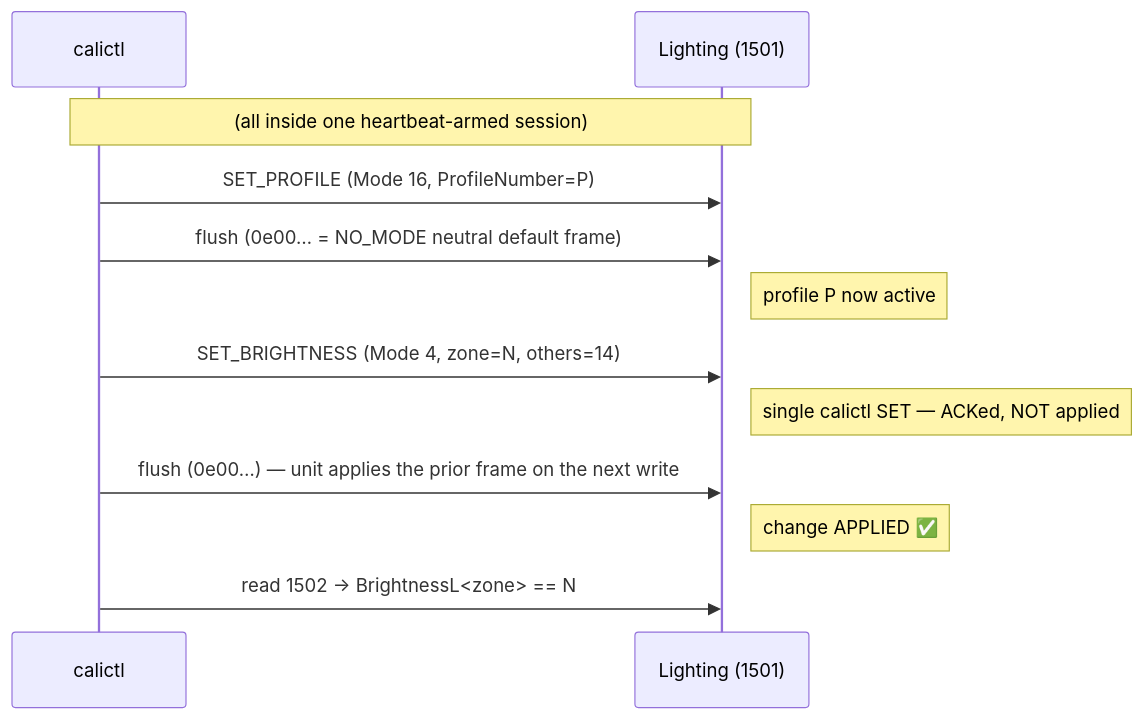
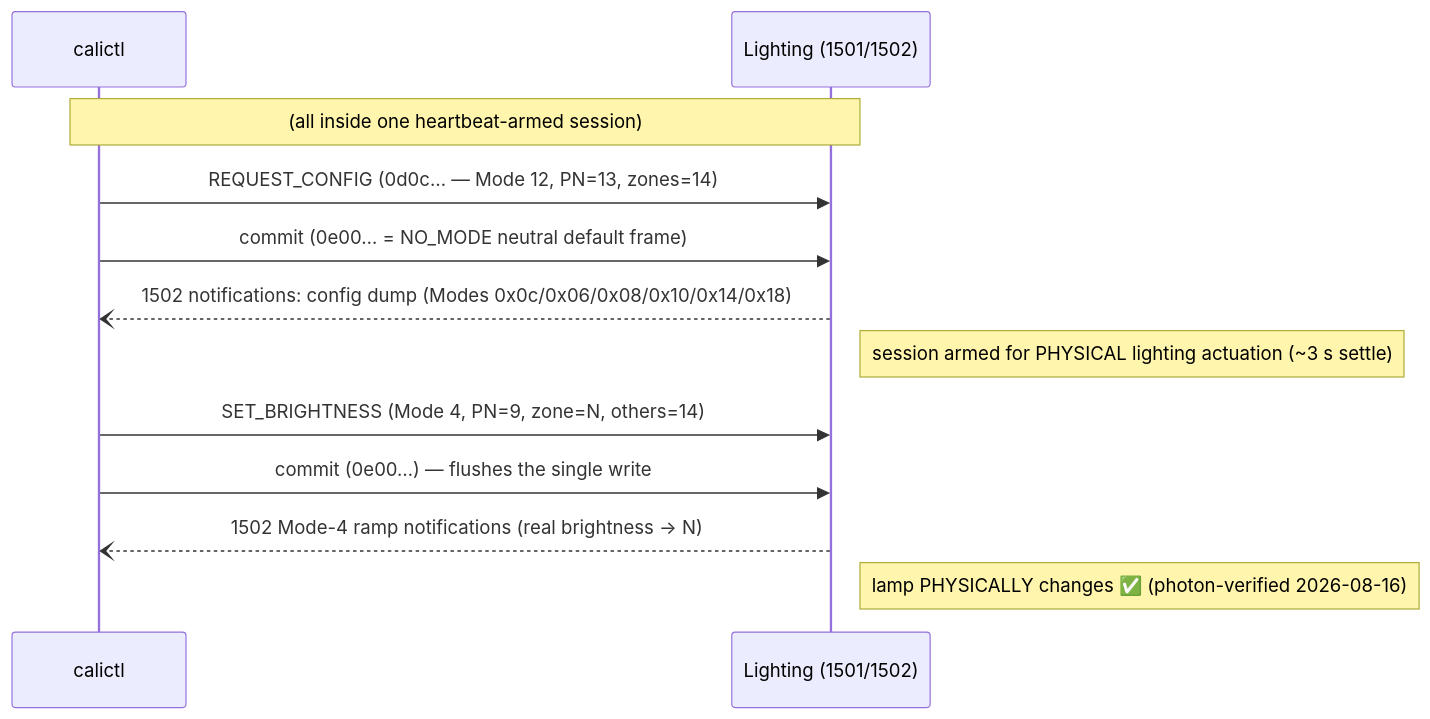
The fourth of 8 diagrams in docs/business-logic/protocol-sequences.md (ckeller42/open-california), drawn with Mermaid before and after one commit. The commit also changed other lines of this file and 15 other files, not shown here.

First line of the commit message:
lighting: crack the physical-actuation gap (REQUEST_CONFIG preamble, photon-verified) (#63)

````diff
--- a/docs/business-logic/protocol-sequences.md
+++ b/docs/business-logic/protocol-sequences.md
@@ -98,14 +111,14 @@
 ```mermaid
 sequenceDiagram
     participant C as calictl
-    participant U as Lighting (1501)
+    participant U as Lighting (1501/1502)
     Note over C,U: (all inside one heartbeat-armed session)
-    C->>U: SET_PROFILE  (Mode 16, ProfileNumber=P)
-    C->>U: flush (0e00… = NO_MODE neutral default frame)
-    Note right of U: profile P now active
-    C->>U: SET_BRIGHTNESS (Mode 4, zone=N, others=14)
-    Note right of U: single calictl SET — ACKed, NOT applied
-    C->>U: flush (0e00…) — unit applies the prior frame on the next write
-    Note right of U: change APPLIED ✅
-    C->>U: read 1502 → BrightnessL<zone> == N
+    C->>U: REQUEST_CONFIG (0d0c… — Mode 12, PN=13, zones=14)
+    C->>U: commit (0e00… = NO_MODE neutral default frame)
+    U--)C: 1502 notifications: config dump (Modes 0x0c/0x06/0x08/0x10/0x14/0x18)
+    Note right of U: session armed for PHYSICAL lighting actuation (~3 s settle)
+    C->>U: SET_BRIGHTNESS (Mode 4, PN=9, zone=N, others=14)
+    C->>U: commit (0e00…) — flushes the single write
+    U--)C: 1502 Mode-4 ramp notifications (real brightness → N)
+    Note right of U: lamp PHYSICALLY changes ✅ (photon-verified 2026-08-16)
 ```
````
